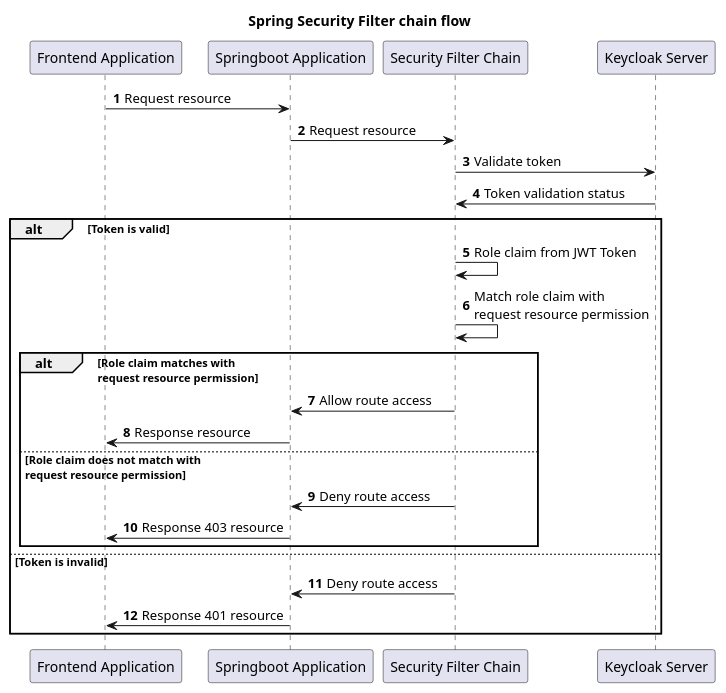
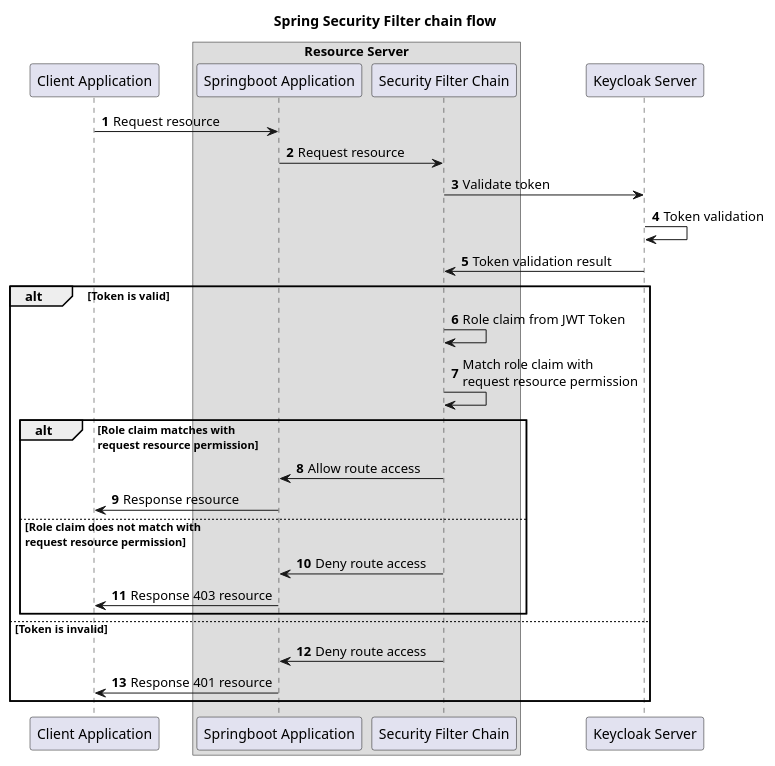
The diagram in Diagram/spring-auth.wsd (SeenamZaSodaSingha/Spring-Angular-KC), drawn with PlantUML before and after one commit. The commit also changed 5 other files, not shown here.

```diff
--- a/Diagram/spring-auth.wsd
+++ b/Diagram/spring-auth.wsd
@@ -1,29 +1,32 @@
 @startuml normal flow
 
 title Spring Security Filter chain flow
 
-participant "Frontend Application" as angular
+participant "Client Application" as angular
+box Resource Server
 participant "Springboot Application" as spring
 participant "Security Filter Chain" as chain
+end box
 participant "Keycloak Server" as keycloak
 
 autonumber
 angular -> spring: Request resource
 spring -> chain: Request resource
 chain -> keycloak: Validate token
-keycloak -> chain: Token validation status
+keycloak -> keycloak: Token validation
+keycloak -> chain: Token validation result
 alt Token is valid
 chain -> chain: Role claim from JWT Token
 chain -> chain: Match role claim with \nrequest resource permission
 alt Role claim matches with \nrequest resource permission
 chain -> spring: Allow route access
 spring -> angular: Response resource
 else Role claim does not match with \nrequest resource permission
 chain -> spring: Deny route access
 spring -> angular: Response 403 resource
 end
 else Token is invalid
 chain -> spring: Deny route access
 spring -> angular: Response 401 resource
 end
 @enduml
```
